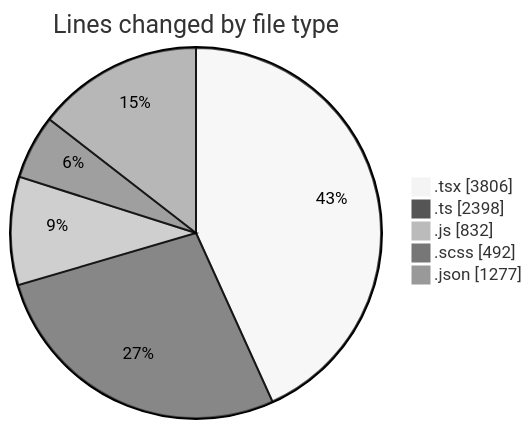
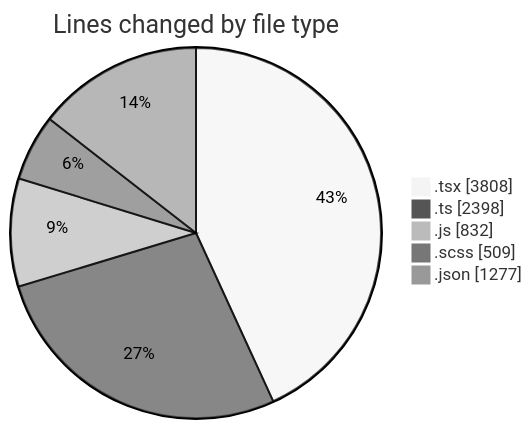
One commit to momahboobian/code-tracking changed the first of 2 diagrams in 2026-06-15/cda/README.md. Above: the diagram before and after it, drawn with Mermaid (neutral theme). The commit also changed other lines of this file and 1 other file, not shown here.

````diff
--- a/2026-06-15/cda/README.md
+++ b/2026-06-15/cda/README.md
@@ -69,9 +69,9 @@
 ```mermaid
 pie showData
 title Lines changed by file type
-".tsx" : 3806
+".tsx" : 3808
 ".ts" : 2398
 ".js" : 832
-".scss" : 492
+".scss" : 509
 ".json" : 1277
 ```
````
